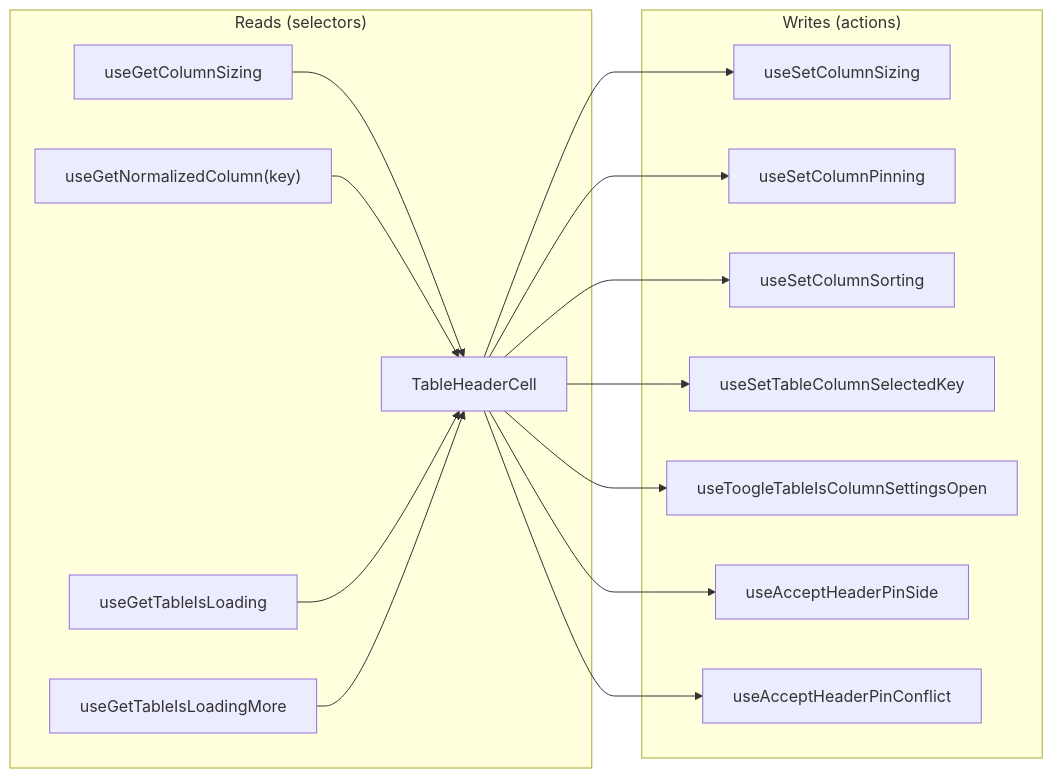
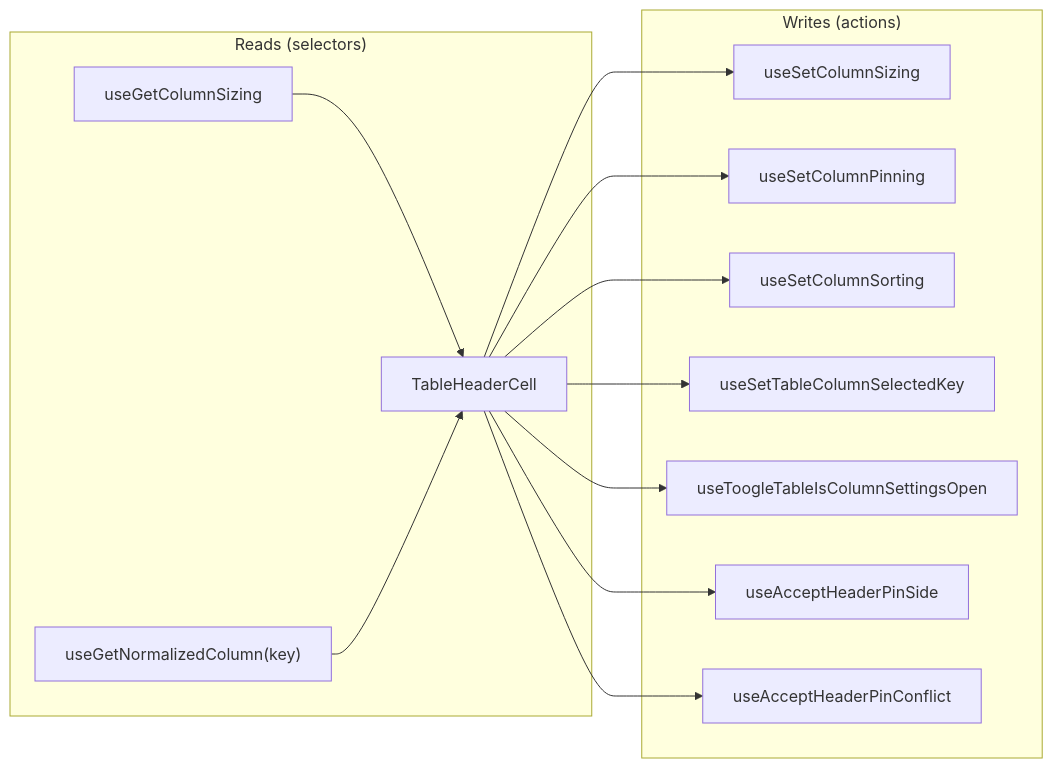
Before and after one commit to luciocabrera/lcabrera-stack: the first of 3 diagrams in src/components/Table/TableHeaderCell/ARCHITECTURE.md, drawn with Mermaid. The commit also changed other lines of this file and 40 other files, not shown here.

````diff
--- a/src/components/Table/TableHeaderCell/ARCHITECTURE.md
+++ b/src/components/Table/TableHeaderCell/ARCHITECTURE.md
@@ -38,21 +38,19 @@
 ```mermaid
 graph LR
   subgraph "Reads (selectors)"
     S1["useGetColumnSizing"] --> THC
     S2["useGetNormalizedColumn(key)"] --> THC
-    S3["useGetTableIsLoading"] --> THC
-    S4["useGetTableIsLoadingMore"] --> THC
   end
 
   THC["TableHeaderCell"]
 
   subgraph "Writes (actions)"
     THC --> A1["useSetColumnSizing"]
     THC --> A2["useSetColumnPinning"]
     THC --> A3["useSetColumnSorting"]
     THC --> A4["useSetTableColumnSelectedKey"]
     THC --> A5["useToogleTableIsColumnSettingsOpen"]
     THC --> A6["useAcceptHeaderPinSide"]
     THC --> A7["useAcceptHeaderPinConflict"]
   end
 ```
````
